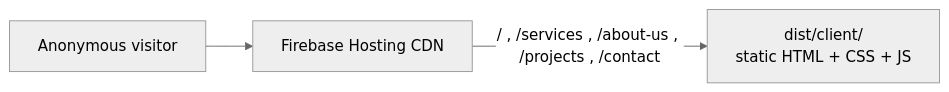
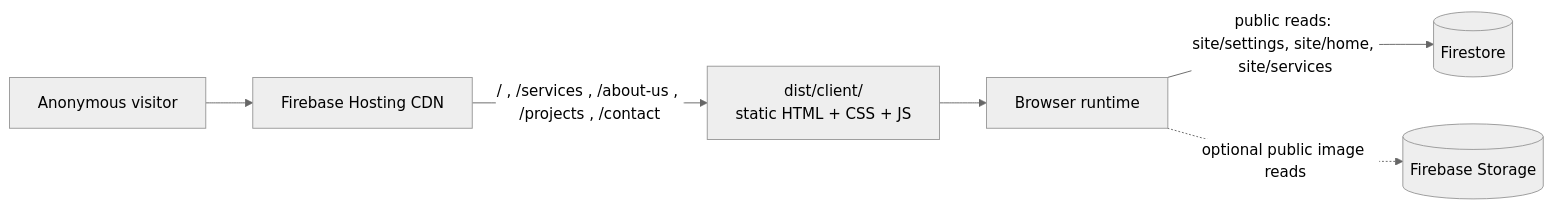
Before and after one commit to CJanithWaduge/rajarata-engineering-rajarata-engineering-public-site: the diagram in ARCHITECTURE.md, drawn with Mermaid (neutral theme). The commit also changed other lines of this file and 21 other files, not shown here.

````diff
--- a/ARCHITECTURE.md
+++ b/ARCHITECTURE.md
@@ -20,5 +20,8 @@
 ```mermaid
 flowchart LR
   V[Anonymous visitor] --> H[Firebase Hosting CDN]
   H -- "/ , /services , /about-us , /projects , /contact" --> D["dist/client/<br/>static HTML + CSS + JS"]
+  D --> B[Browser runtime]
+  B -- "public reads: site/settings, site/home, site/services" --> F[(Firestore)]
+  B -. "optional public image reads" .-> S[(Firebase Storage)]
 ```
````
